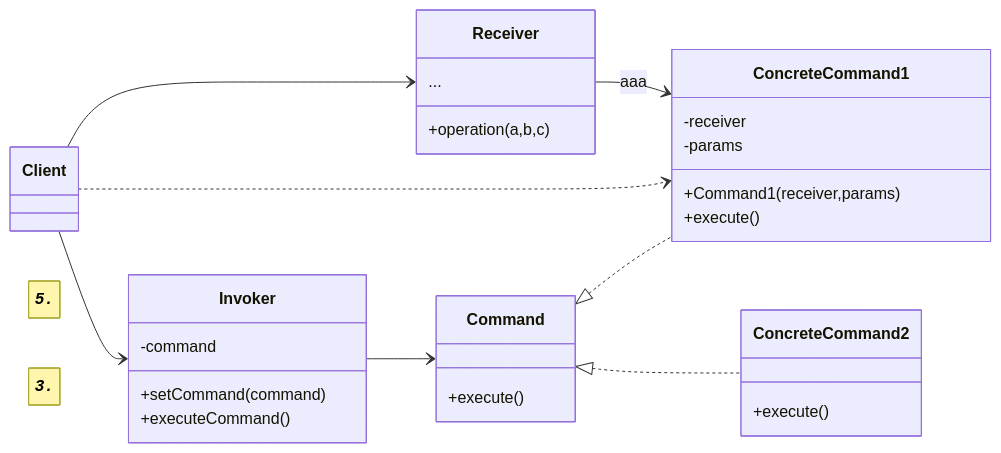
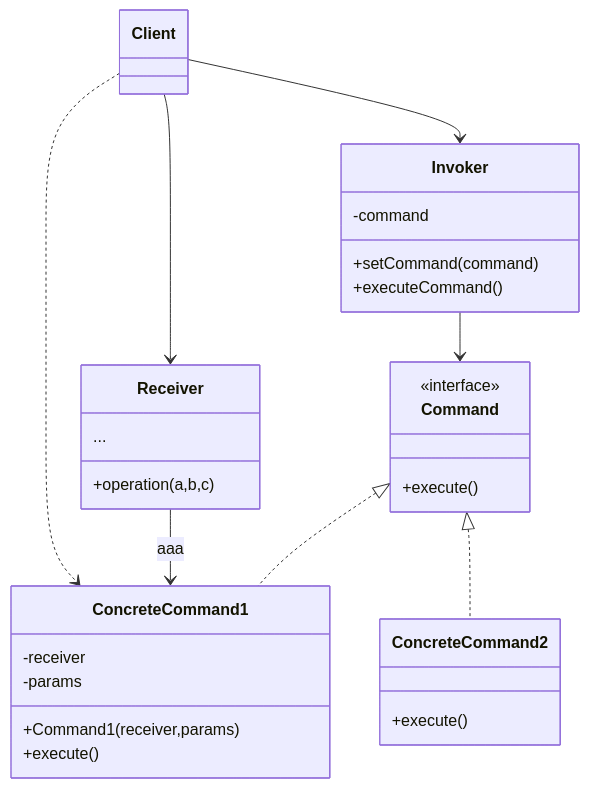
Before and after one commit to corbeau217/cpp_opengl_vehicles: diagram 13 of 19 in docs/docs_03_designables.md, drawn with Mermaid. The commit also changed other lines of this file and 1 other file, not shown here.

````diff
--- a/docs/docs_03_designables.md
+++ b/docs/docs_03_designables.md
@@ -599,37 +596,35 @@
 ```mermaid
 classDiagram
-    direction LR
-    note "<b><i><code>5.</code></i></b> "
-
+    direction TB
     class Client
     class Invoker{
         -command
         +setCommand(command)
         +executeCommand()
     }
     class Command{
+        <<interface>>
         +execute()
+    }
+    class Receiver {
+        ...
+        +operation(a,b,c)
     }
     class ConcreteCommand1{
         -receiver
         -params
         +Command1(receiver,params)
         +execute()
     }
     class ConcreteCommand2{
         +execute()
     }
-    class Receiver {
-        ...
-        +operation(a,b,c)
-    }
-    Client --> Receiver
     Command <|.. ConcreteCommand1
     Command <|.. ConcreteCommand2
     Client ..> ConcreteCommand1
+    Client --> Receiver
     Receiver --> ConcreteCommand1 :  aaa
     Client --> Invoker
     Invoker --> Command
 
-    note "<b><i><code>3.</code></i></b> "
 ```
````
